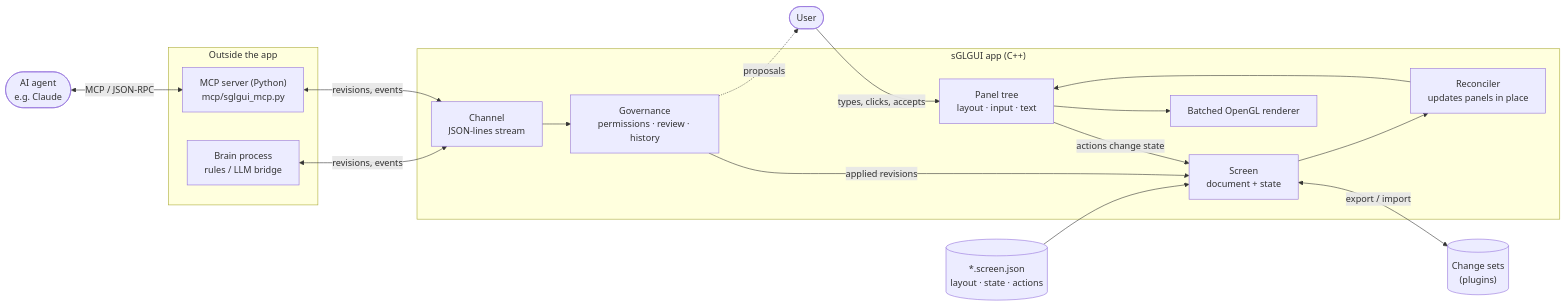
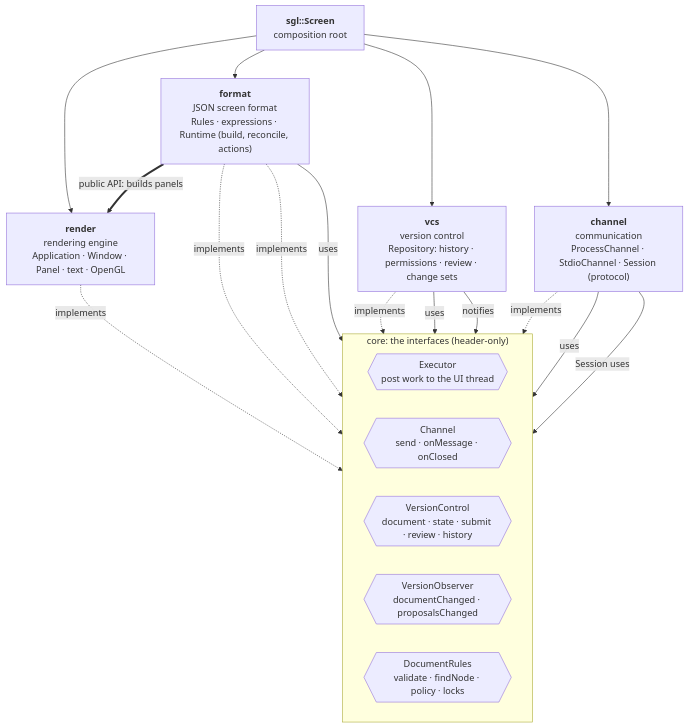
Before and after one commit to RiccardoSottini/AffrescoUI: the first of 3 diagrams in README.md, drawn with Mermaid. The commit also changed other lines of this file and 80 other files, not shown here.

````diff
--- a/README.md
+++ b/README.md
@@ -14,33 +18,32 @@
 ```mermaid
-flowchart LR
-    user([User])
-    agent([AI agent<br/>e.g. Claude])
-    file[("*.screen.json<br/>layout · state · actions")]
-    plugins[("Change sets<br/>(plugins)")]
-
-    subgraph outside["Outside the app"]
-        mcp["MCP server (Python)<br/>mcp/sglgui_mcp.py"]
-        brain["Brain process<br/>rules / LLM bridge"]
+flowchart TB
+    subgraph core["core: the interfaces (header-only)"]
+        direction LR
+        IExec{{"Executor<br/>post work to the UI thread"}}
+        IChan{{"Channel<br/>send · onMessage · onClosed"}}
+        IVcs{{"VersionControl<br/>document · state · submit · review · history"}}
+        IObs{{"VersionObserver<br/>documentChanged · proposalsChanged"}}
+        IRules{{"DocumentRules<br/>validate · findNode · policy · locks"}}
     end
 
-    subgraph app["sGLGUI app (C++)"]
-        channel["Channel<br/>JSON-lines stream"]
-        governance["Governance<br/>permissions · review · history"]
-        screen["Screen<br/>document + state"]
-        reconcile["Reconciler<br/>updates panels in place"]
-        panels["Panel tree<br/>layout · input · text"]
-        renderer["Batched OpenGL renderer"]
-    end
+    render["<b>render</b><br/>rendering engine<br/>Application · Window · Panel · text · OpenGL"]
+    format["<b>format</b><br/>JSON screen format<br/>Rules · expressions · Runtime (build, reconcile, actions)"]
+    vcs["<b>vcs</b><br/>version control<br/>Repository: history · permissions · review · change sets"]
+    channel["<b>channel</b><br/>communication<br/>ProcessChannel · StdioChannel · Session (protocol)"]
+    screen["<b>sgl::Screen</b><br/>composition root"]
 
-    agent <-->|MCP / JSON-RPC| mcp
-    mcp <-->|revisions, events| channel
-    brain <-->|revisions, events| channel
-    channel --> governance
-    governance -->|applied revisions| screen
-    governance -.->|proposals| user
-    user -->|types, clicks, accepts| panels
-    panels -->|actions change state| screen
-    file --> screen
-    screen <-->|export / import| plugins
-    screen --> reconcile --> panels --> renderer
+    render -.->|implements| IExec
+    channel -.->|implements| IChan
+    vcs -.->|implements| IVcs
+    format -.->|implements| IRules
+    format -.->|implements| IObs
+
+    channel -->|uses| IExec
+    channel -->|Session uses| IVcs
+    vcs -->|uses| IRules
+    vcs -->|notifies| IObs
+    format -->|uses| IVcs
+    format ==>|public API: builds panels| render
+
+    screen --> render & format & vcs & channel
 ```
````
